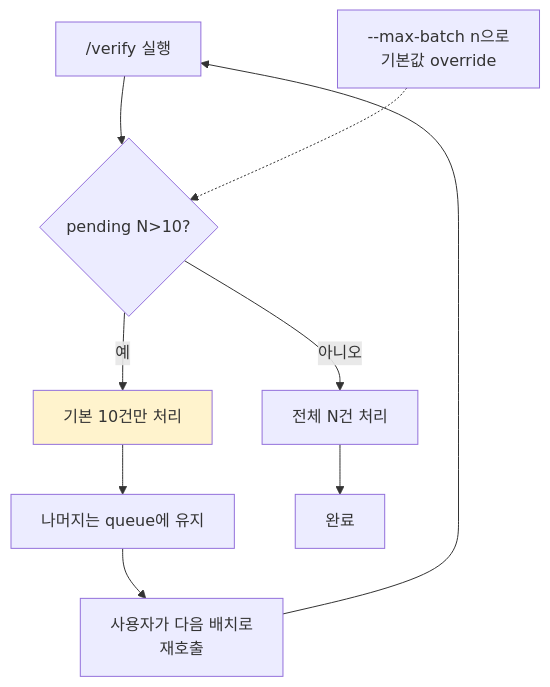
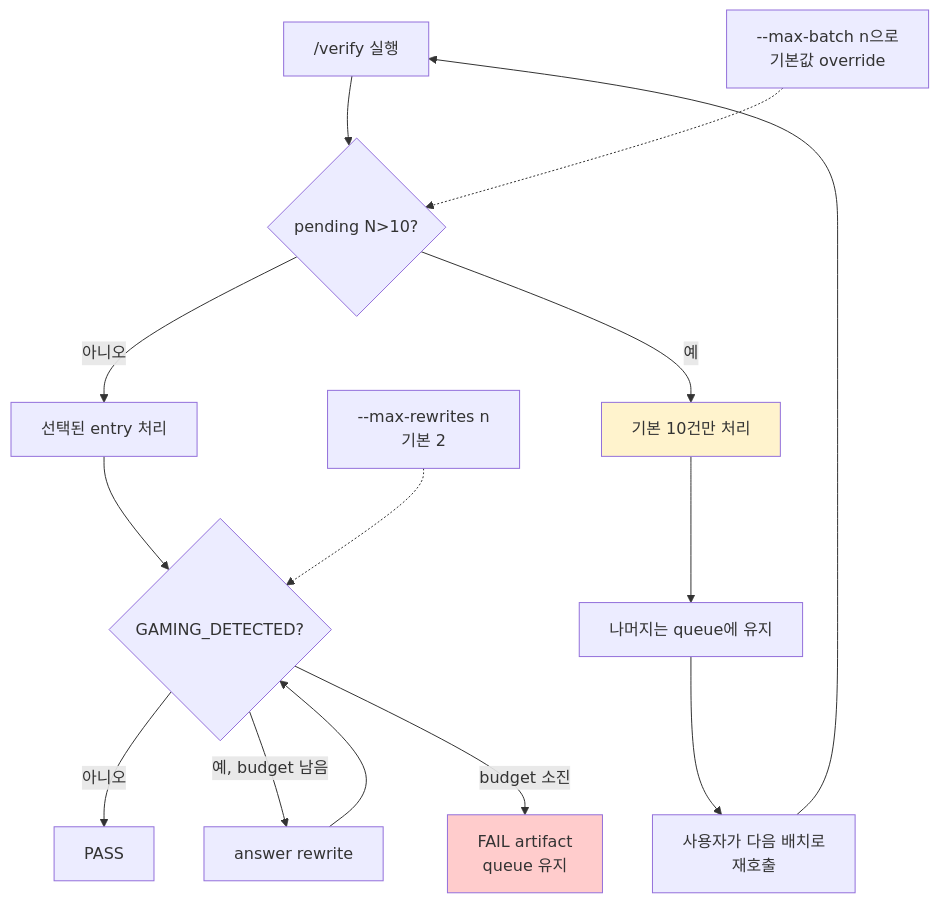
The seventh of 12 diagrams in docs/09-검증-레이어-동작원리.md (Jimmy-Jung/ai-symbiote), drawn with Mermaid before and after one commit. The commit also changed other lines of this file and 3 other files, not shown here.

````diff
--- a/docs/09-검증-레이어-동작원리.md
+++ b/docs/09-검증-레이어-동작원리.md
@@ -208,14 +213,20 @@
 ```mermaid
 flowchart TD
     A["/verify 실행"] --> B{"pending N&gt;10?"}
-    B -->|아니오| C["전체 N건 처리"]
+    B -->|아니오| C["선택된 entry 처리"]
     B -->|예| D["기본 10건만 처리"]
-    D --> E["나머지는 queue에 유지"]
-    E --> F["사용자가 다음 배치로<br/>재호출"]
-    C --> G["완료"]
+    C --> E{"GAMING_DETECTED?"}
+    E -->|아니오| G["PASS"]
+    E -->|예, budget 남음| I["answer rewrite"]
+    I --> E
+    E -->|budget 소진| J["FAIL artifact<br/>queue 유지"]
+    D --> K["나머지는 queue에 유지"]
+    K --> F["사용자가 다음 배치로<br/>재호출"]
     F --> A
 
     H["--max-batch n으로<br/>기본값 override"] -.-> B
+    L["--max-rewrites n<br/>기본 2"] -.-> E
 
     style D fill:#fff3cd
+    style J fill:#ffcccc
 ```
````
